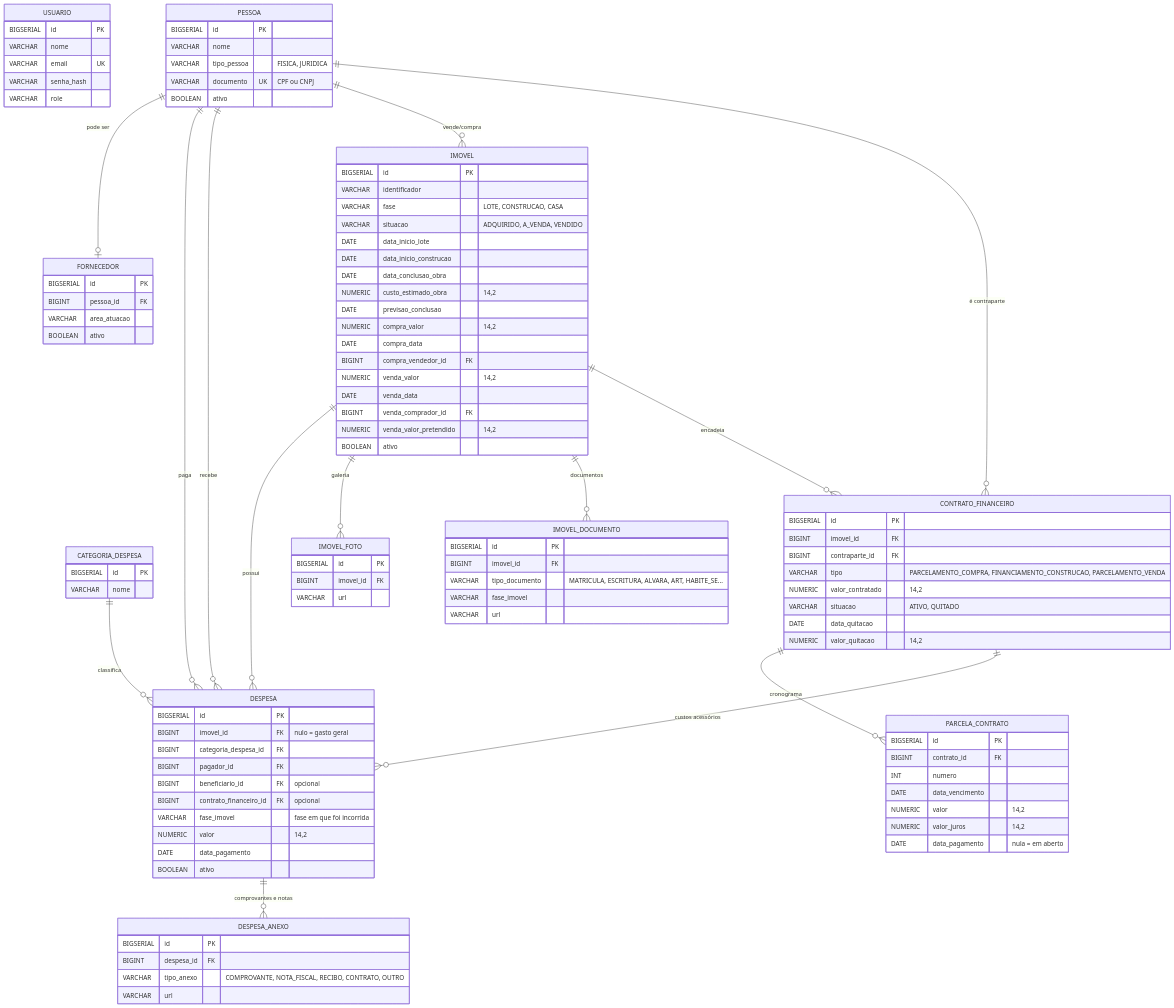
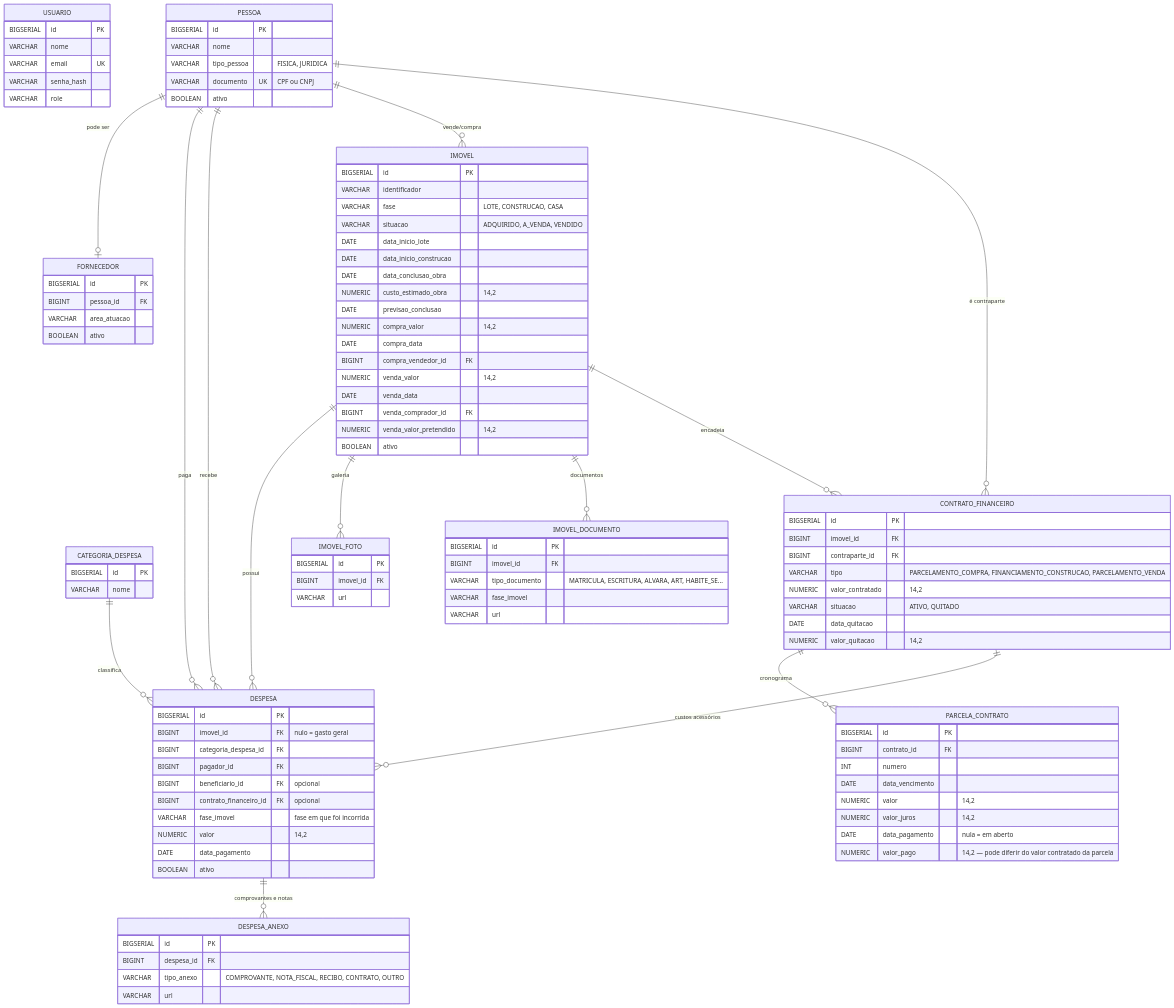
The diagram in docs/MODELO-DADOS.md (sergiogeneroso/gestao-custos-obras), drawn with Mermaid before and after one commit. The commit also changed 105 other files, not shown here.

```diff
--- a/docs/MODELO-DADOS.md
+++ b/docs/MODELO-DADOS.md
@@ -72,6 +72,7 @@
         NUMERIC valor "14,2"
         NUMERIC valor_juros "14,2"
         DATE data_pagamento "nula = em aberto"
+        NUMERIC valor_pago "14,2 — pode diferir do valor contratado da parcela"
     }
     DESPESA {
         BIGSERIAL id PK
```
